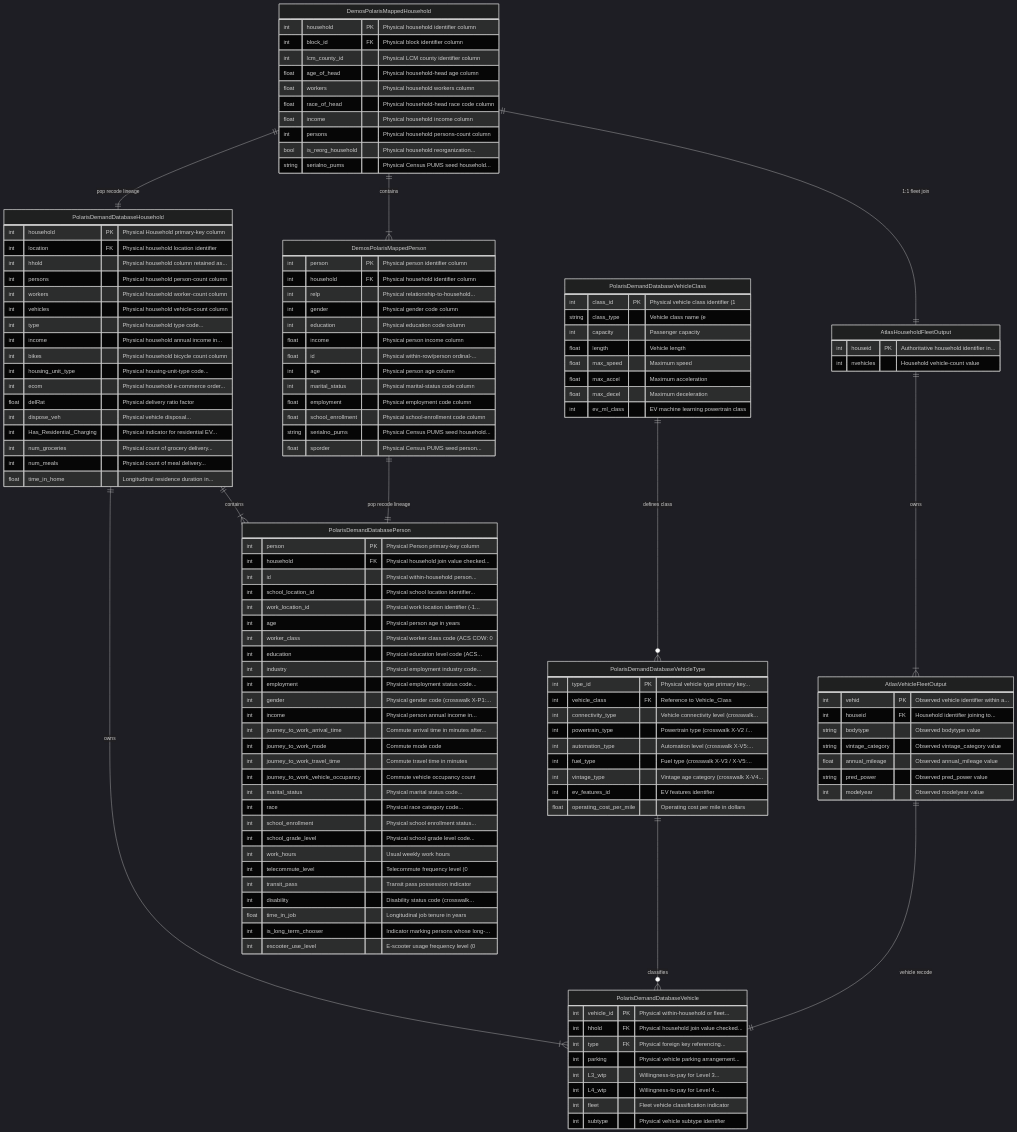
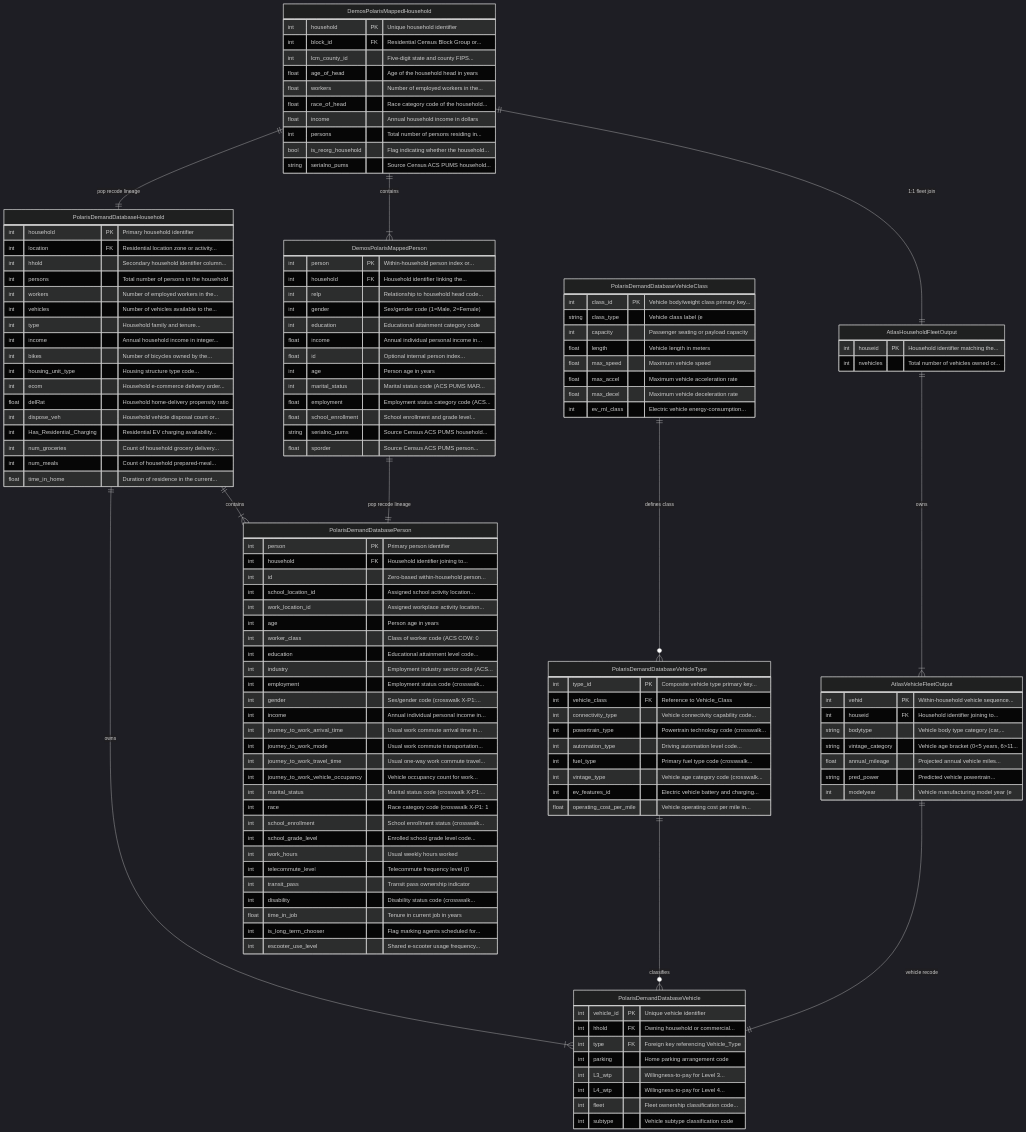
Before and after one commit to LBNL-UCB-STI/synergy-schema: the first of 6 diagrams in docs/cross-model-mappings/interactive-schema.md, drawn with Mermaid (dark theme). The commit also changed other lines of this file and 19 other files, not shown here.

Commit message:
Clean up LinkML schema descriptions and remove redundant annotations

````diff
--- a/docs/cross-model-mappings/interactive-schema.md
+++ b/docs/cross-model-mappings/interactive-schema.md
@@ -24,131 +24,131 @@
     AtlasVehicleFleetOutput ||--|| PolarisDemandDatabaseVehicle : "vehicle recode"
 
     AtlasHouseholdFleetOutput {
-        int houseid PK "Authoritative household identifier in..."
-        int nvehicles "Household vehicle-count value"
+        int houseid PK "Household identifier matching the..."
+        int nvehicles "Total number of vehicles owned or..."
     }
 
     AtlasVehicleFleetOutput {
-        int vehid PK "Observed vehicle identifier within a..."
+        int vehid PK "Within-household vehicle sequence..."
         int houseid FK "Household identifier joining to..."
-        string bodytype "Observed bodytype value"
-        string vintage_category "Observed vintage_category value"
-        float annual_mileage "Observed annual_mileage value"
-        string pred_power "Observed pred_power value"
-        int modelyear "Observed modelyear value"
+        string bodytype "Vehicle body type category (car,..."
+        string vintage_category "Vehicle age bracket (0~5 years, 6~11..."
+        float annual_mileage "Projected annual vehicle miles..."
+        string pred_power "Predicted vehicle powertrain..."
+        int modelyear "Vehicle manufacturing model year (e"
     }
 
     DemosPolarisMappedHousehold {
-        int household PK "Physical household identifier column"
-        int block_id FK "Physical block identifier column"
-        int lcm_county_id "Physical LCM county identifier column"
-        float age_of_head "Physical household-head age column"
-        float workers "Physical household workers column"
-        float race_of_head "Physical household-head race code column"
-        float income "Physical household income column"
-        int persons "Physical household persons-count column"
-        bool is_reorg_household "Physical household reorganization..."
-        string serialno_pums "Physical Census PUMS seed household..."
+        int household PK "Unique household identifier"
+        int block_id FK "Residential Census Block Group or..."
+        int lcm_county_id "Five-digit state and county FIPS..."
+        float age_of_head "Age of the household head in years"
+        float workers "Number of employed workers in the..."
+        float race_of_head "Race category code of the household..."
+        float income "Annual household income in dollars"
+        int persons "Total number of persons residing in..."
+        bool is_reorg_household "Flag indicating whether the household..."
+        string serialno_pums "Source Census ACS PUMS household..."
     }
 
     DemosPolarisMappedPerson {
-        int person PK "Physical person identifier column"
-        int household FK "Physical household identifier column"
-        int relp "Physical relationship-to-household..."
-        int gender "Physical gender code column"
-        int education "Physical education code column"
-        float income "Physical person income column"
-        float id "Physical within-row/person ordinal-..."
-        int age "Physical person age column"
-        int marital_status "Physical marital-status code column"
-        float employment "Physical employment code column"
-        float school_enrollment "Physical school-enrollment code column"
-        string serialno_pums "Physical Census PUMS seed household..."
-        float sporder "Physical Census PUMS seed person..."
+        int person PK "Within-household person index or..."
+        int household FK "Household identifier linking the..."
+        int relp "Relationship to household head code..."
+        int gender "Sex/gender code (1=Male, 2=Female)"
+        int education "Educational attainment category code"
+        float income "Annual individual personal income in..."
+        float id "Optional internal person index..."
+        int age "Person age in years"
+        int marital_status "Marital status code (ACS PUMS MAR..."
+        float employment "Employment status category code (ACS..."
+        float school_enrollment "School enrollment and grade level..."
+        string serialno_pums "Source Census ACS PUMS household..."
+        float sporder "Source Census ACS PUMS person..."
     }
 
     PolarisDemandDatabaseHousehold {
-        int household PK "Physical Household primary-key column"
-        int location FK "Physical household location identifier"
-        int hhold "Physical household column retained as..."
-        int persons "Physical household person-count column"
-        int workers "Physical household worker-count column"
-        int vehicles "Physical household vehicle-count column"
-        int type "Physical household type code..."
-        int income "Physical household annual income in..."
-        int bikes "Physical household bicycle count column"
-        int housing_unit_type "Physical housing-unit-type code..."
-        int ecom "Physical household e-commerce order..."
-        float delRat "Physical delivery ratio factor"
-        int dispose_veh "Physical vehicle disposal..."
-        int Has_Residential_Charging "Physical indicator for residential EV..."
-        int num_groceries "Physical count of grocery delivery..."
-        int num_meals "Physical count of meal delivery..."
-        float time_in_home "Longitudinal residence duration in..."
+        int household PK "Primary household identifier"
+        int location FK "Residential location zone or activity..."
+        int hhold "Secondary household identifier column..."
+        int persons "Total number of persons in the household"
+        int workers "Number of employed workers in the..."
+        int vehicles "Number of vehicles available to the..."
+        int type "Household family and tenure..."
+        int income "Annual household income in integer..."
+        int bikes "Number of bicycles owned by the..."
+        int housing_unit_type "Housing structure type code..."
+        int ecom "Household e-commerce delivery order..."
+        float delRat "Household home-delivery propensity ratio"
+        int dispose_veh "Household vehicle disposal count or..."
+        int Has_Residential_Charging "Residential EV charging availability..."
+        int num_groceries "Count of household grocery delivery..."
+        int num_meals "Count of household prepared-meal..."
+        float time_in_home "Duration of residence in the current..."
     }
 
     PolarisDemandDatabasePerson {
-        int person PK "Physical Person primary-key column"
-        int household FK "Physical household join value checked..."
-        int id "Physical within-household person..."
-        int school_location_id "Physical school location identifier..."
-        int work_location_id "Physical work location identifier (-1..."
-        int age "Physical person age in years"
-        int worker_class "Physical worker class code (ACS COW: 0"
-        int education "Physical education level code (ACS..."
-        int industry "Physical employment industry code..."
-        int employment "Physical employment status code..."
-        int gender "Physical gender code (crosswalk X-P1:..."
-        int income "Physical person annual income in..."
-        int journey_to_work_arrival_time "Commute arrival time in minutes after..."
-        int journey_to_work_mode "Commute mode code"
-        int journey_to_work_travel_time "Commute travel time in minutes"
-        int journey_to_work_vehicle_occupancy "Commute vehicle occupancy count"
-        int marital_status "Physical marital status code..."
-        int race "Physical race category code..."
-        int school_enrollment "Physical school enrollment status..."
-        int school_grade_level "Physical school grade level code..."
-        int work_hours "Usual weekly work hours"
+        int person PK "Primary person identifier"
+        int household FK "Household identifier joining to..."
+        int id "Zero-based within-household person..."
+        int school_location_id "Assigned school activity location..."
+        int work_location_id "Assigned workplace activity location..."
+        int age "Person age in years"
+        int worker_class "Class of worker code (ACS COW: 0"
+        int education "Educational attainment level code..."
+        int industry "Employment industry sector code (ACS..."
+        int employment "Employment status code (crosswalk..."
+        int gender "Sex/gender code (crosswalk X-P1:..."
+        int income "Annual individual personal income in..."
+        int journey_to_work_arrival_time "Usual work commute arrival time in..."
+        int journey_to_work_mode "Usual work commute transportation..."
+        int journey_to_work_travel_time "Usual one-way work commute travel..."
+        int journey_to_work_vehicle_occupancy "Vehicle occupancy count for work..."
+        int marital_status "Marital status code (crosswalk X-P1:..."
+        int race "Race category code (crosswalk X-P1: 1"
+        int school_enrollment "School enrollment status (crosswalk..."
+        int school_grade_level "Enrolled school grade level code..."
+        int work_hours "Usual weekly hours worked"
         int telecommute_level "Telecommute frequency level (0"
-        int transit_pass "Transit pass possession indicator"
+        int transit_pass "Transit pass ownership indicator"
         int disability "Disability status code (crosswalk..."
-        float time_in_job "Longitudinal job tenure in years"
-        int is_long_term_chooser "Indicator marking persons whose long-..."
-        int escooter_use_level "E-scooter usage frequency level (0"
+        float time_in_job "Tenure in current job in years"
+        int is_long_term_chooser "Flag marking agents scheduled for..."
+        int escooter_use_level "Shared e-scooter usage frequency..."
     }
 
     PolarisDemandDatabaseVehicle {
-        int vehicle_id PK "Physical within-household or fleet..."
-        int hhold FK "Physical household join value checked..."
-        int type FK "Physical foreign key referencing..."
-        int parking "Physical vehicle parking arrangement..."
+        int vehicle_id PK "Unique vehicle identifier"
+        int hhold FK "Owning household or commercial..."
+        int type FK "Foreign key referencing Vehicle_Type"
+        int parking "Home parking arrangement code"
         int L3_wtp "Willingness-to-pay for Level 3..."
         int L4_wtp "Willingness-to-pay for Level 4..."
-        int fleet "Fleet vehicle classification indicator"
-        int subtype "Physical vehicle subtype identifier"
+        int fleet "Fleet ownership classification code..."
+        int subtype "Vehicle subtype classification code"
     }
 
     PolarisDemandDatabaseVehicleClass {
-        int class_id PK "Physical vehicle class identifier (1"
-        string class_type "Vehicle class name (e"
-        int capacity "Passenger capacity"
-        float length "Vehicle length"
-        float max_speed "Maximum speed"
-        float max_accel "Maximum acceleration"
-        float max_decel "Maximum deceleration"
-        int ev_ml_class "EV machine learning powertrain class"
+        int class_id PK "Vehicle body/weight class primary key..."
+        string class_type "Vehicle class label (e"
+        int capacity "Passenger seating or payload capacity"
+        float length "Vehicle length in meters"
+        float max_speed "Maximum vehicle speed"
+        float max_accel "Maximum vehicle acceleration rate"
+        float max_decel "Maximum vehicle deceleration rate"
+        int ev_ml_class "Electric vehicle energy-consumption..."
     }
 
     PolarisDemandDatabaseVehicleType {
-        int type_id PK "Physical vehicle type primary key..."
+        int type_id PK "Composite vehicle type primary key..."
         int vehicle_class FK "Reference to Vehicle_Class"
-        int connectivity_type "Vehicle connectivity level (crosswalk..."
-        int powertrain_type "Powertrain type (crosswalk X-V2 /..."
-        int automation_type "Automation level (crosswalk X-V5:..."
-        int fuel_type "Fuel type (crosswalk X-V3 / X-V5:..."
-        int vintage_type "Vintage age category (crosswalk X-V4..."
-        int ev_features_id "EV features identifier"
-        float operating_cost_per_mile "Operating cost per mile in dollars"
+        int connectivity_type "Vehicle connectivity capability code..."
+        int powertrain_type "Powertrain technology code (crosswalk..."
+        int automation_type "Driving automation level code..."
+        int fuel_type "Primary fuel type code (crosswalk..."
+        int vintage_type "Vehicle age category code (crosswalk..."
+        int ev_features_id "Electric vehicle battery and charging..."
+        float operating_cost_per_mile "Vehicle operating cost per mile in..."
     }
 
 ```
````
